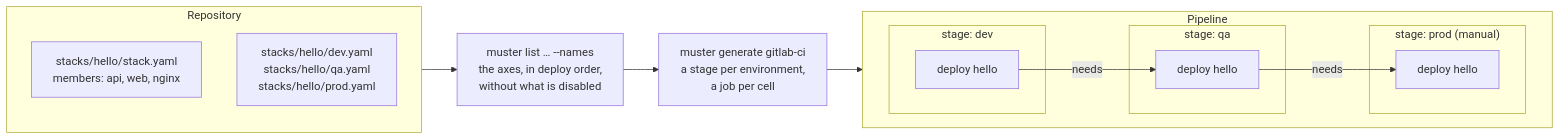
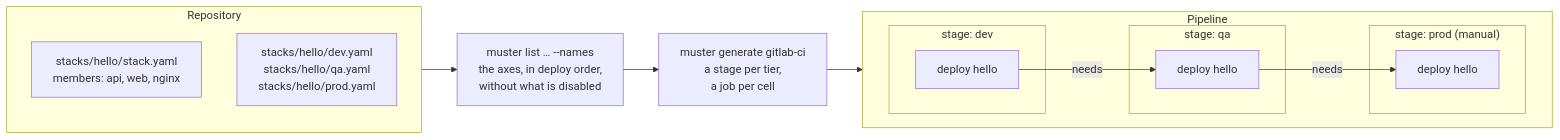
One commit to britzc/muster changed the first of 2 diagrams in MATRIX.md. Above: the diagram before and after it, drawn with Mermaid. The commit also changed other lines of this file and 14 other files, not shown here.

````diff
--- a/MATRIX.md
+++ b/MATRIX.md
@@ -32,27 +32,27 @@
 ```mermaid
 flowchart LR
     subgraph repo["Repository"]
         direction TB
         st["stacks/hello/stack.yaml<br/>members: api, web, nginx"]
         envs["stacks/hello/dev.yaml<br/>stacks/hello/qa.yaml<br/>stacks/hello/prod.yaml"]
     end
 
     list["muster list … --names<br/>the axes, in deploy order,<br/>without what is disabled"]
-    gen["muster generate gitlab-ci<br/>a stage per environment,<br/>a job per cell"]
+    gen["muster generate gitlab-ci<br/>a stage per tier,<br/>a job per cell"]
 
     subgraph pipeline["Pipeline"]
         direction LR
         subgraph dev["stage: dev"]
             d1["deploy hello"]
         end
         subgraph qa["stage: qa"]
             q1["deploy hello"]
         end
         subgraph prod["stage: prod (manual)"]
             p1["deploy hello"]
         end
         d1 -- needs --> q1 -- needs --> p1
     end
 
     repo --> list --> gen --> pipeline
 ```
````
